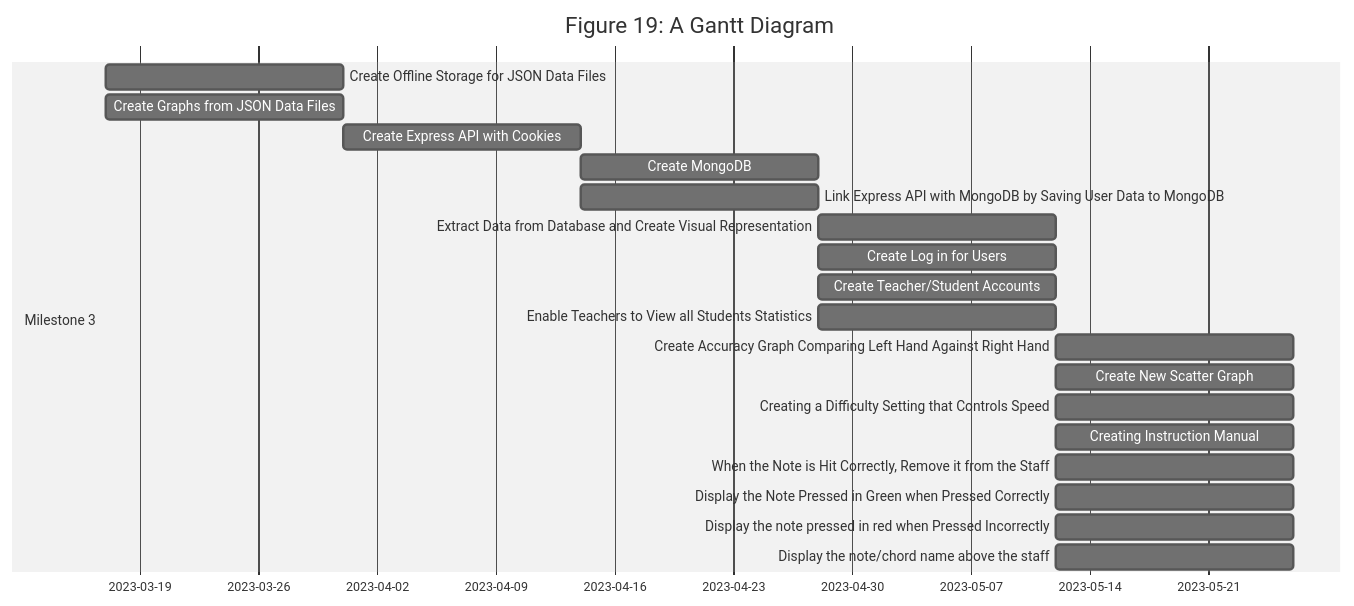
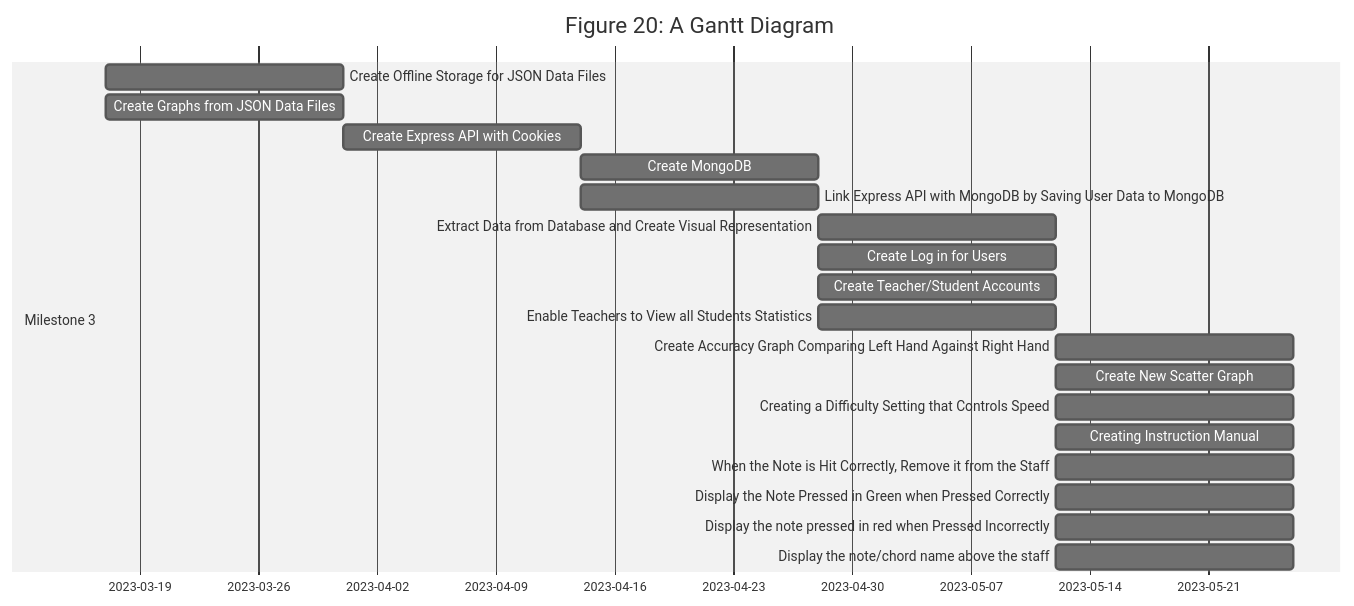
One commit to KieranBest/Final-Year-Project changed the third of 3 diagrams in Documentation.md. Above: the diagram before and after it, drawn with Mermaid (neutral theme). The commit also changed other lines of this file and 7517 other files, not shown here.

````diff
--- a/Documentation.md
+++ b/Documentation.md
@@ -885,24 +900,24 @@
 ```mermaid
 gantt
-    title Figure 19: A Gantt Diagram
+    title Figure 20: A Gantt Diagram
     dateFormat  YYYY-MM-DD
 
     section Milestone 3
     Create Offline Storage for JSON Data Files                    :a12, 2023-03-17, 14d
     Create Graphs from JSON Data Files                            :a12, 2023-03-17, 14d
     Create Express API with Cookies                               :a13, after a12, 14d
     Create MongoDB                                                :a14, after a13, 14d
     Link Express API with MongoDB by Saving User Data to MongoDB  :a14, after a13, 14d
     Extract Data from Database and Create Visual Representation   :a15, after a14, 14d
     Create Log in for Users                                       :a15, after a14, 14d
     Create Teacher/Student Accounts                               :a15, after a14, 14d
     Enable Teachers to View all Students Statistics               :a15, after a14, 14d
     Create Accuracy Graph Comparing Left Hand Against Right Hand  :a16, after a15, 14d
     Create New Scatter Graph                                      :a16, after a15, 14d
     Creating a Difficulty Setting that Controls Speed             :a16, after a15, 14d
     Creating Instruction Manual                                   :a16, after a15, 14d
     When the Note is Hit Correctly, Remove it from the Staff      :a16, after a15, 14d
     Display the Note Pressed in Green when Pressed Correctly      :a16, after a15, 14d
     Display the note pressed in red when Pressed Incorrectly      :a16, after a15, 14d
     Display the note/chord name above the staff                   :a16, after a15, 14d
 ```
````
